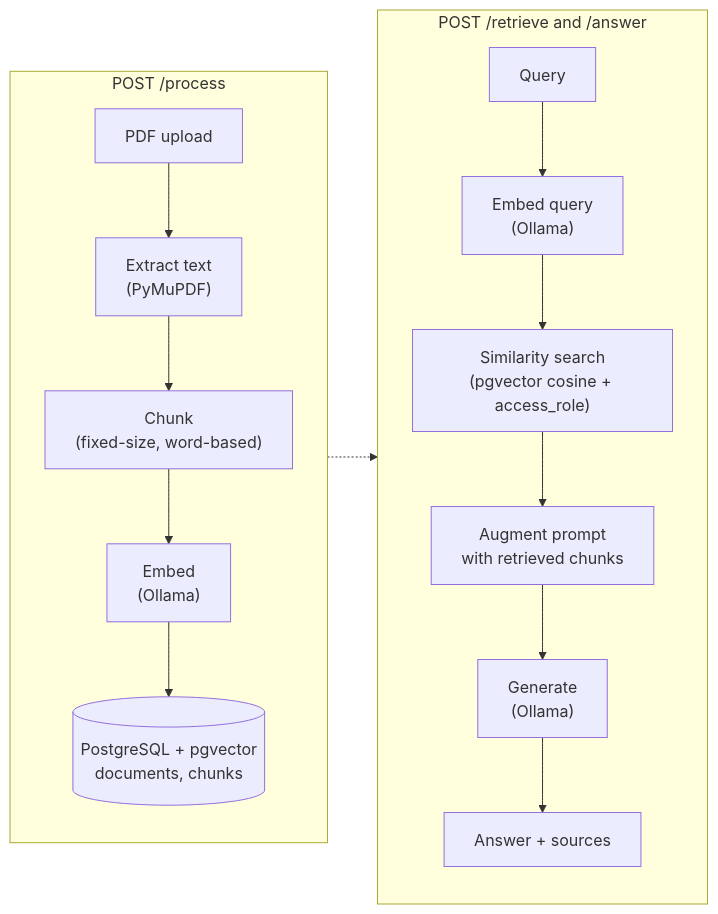
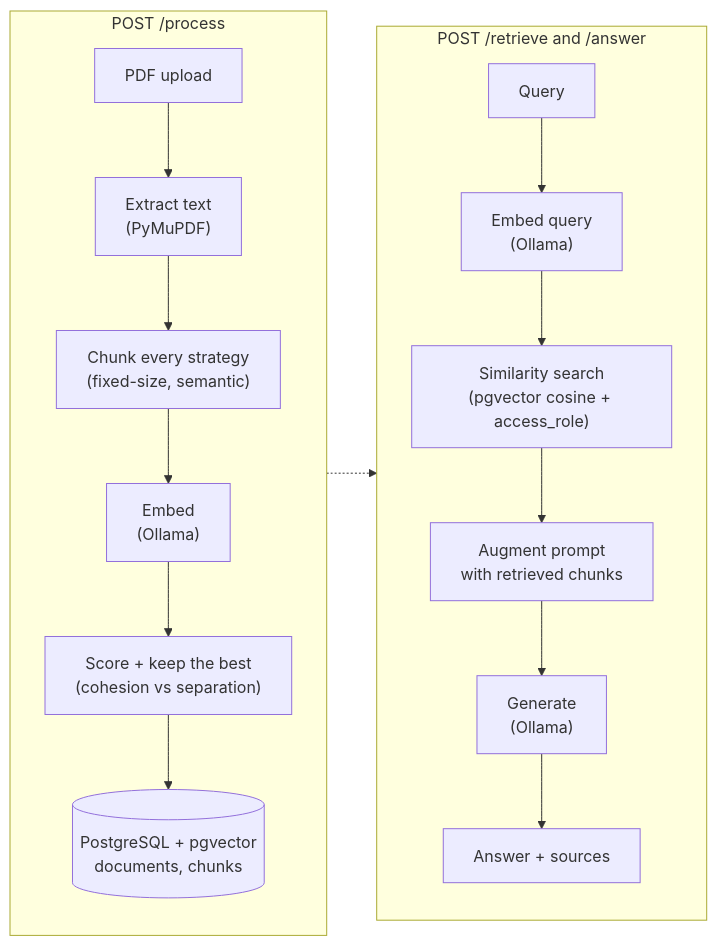
Before and after one commit to mh2005in/RAG-Assistant-with-Real-Evals: the diagram in README.md, drawn with Mermaid. The commit also changed other lines of this file and 28 other files, not shown here.

````diff
--- a/README.md
+++ b/README.md
@@ -19,19 +19,20 @@
 ```mermaid
 flowchart LR
     subgraph ingest["POST /process"]
       direction TB
       U["PDF upload"] --> EX["Extract text<br/>(PyMuPDF)"]
-      EX --> CH["Chunk<br/>(fixed-size, word-based)"]
+      EX --> CH["Chunk every strategy<br/>(fixed-size, semantic)"]
       CH --> EM1["Embed<br/>(Ollama)"]
-      EM1 --> ST[("PostgreSQL + pgvector<br/>documents, chunks")]
+      EM1 --> SC["Score + keep the best<br/>(cohesion vs separation)"]
+      SC --> ST[("PostgreSQL + pgvector<br/>documents, chunks")]
     end
     subgraph ask["POST /retrieve and /answer"]
       direction TB
       Q["Query"] --> EM2["Embed query<br/>(Ollama)"]
       EM2 --> SR["Similarity search<br/>(pgvector cosine + access_role)"]
       SR --> AUG["Augment prompt<br/>with retrieved chunks"]
       AUG --> GEN["Generate<br/>(Ollama)"]
       GEN --> A["Answer + sources"]
     end
     ST -.-> SR
 ```
````
